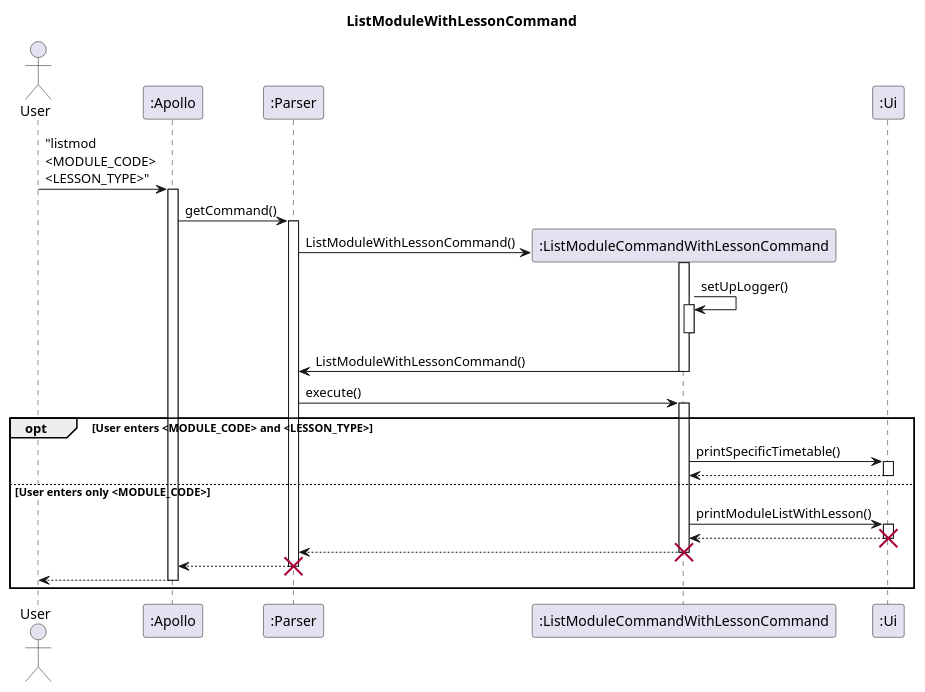
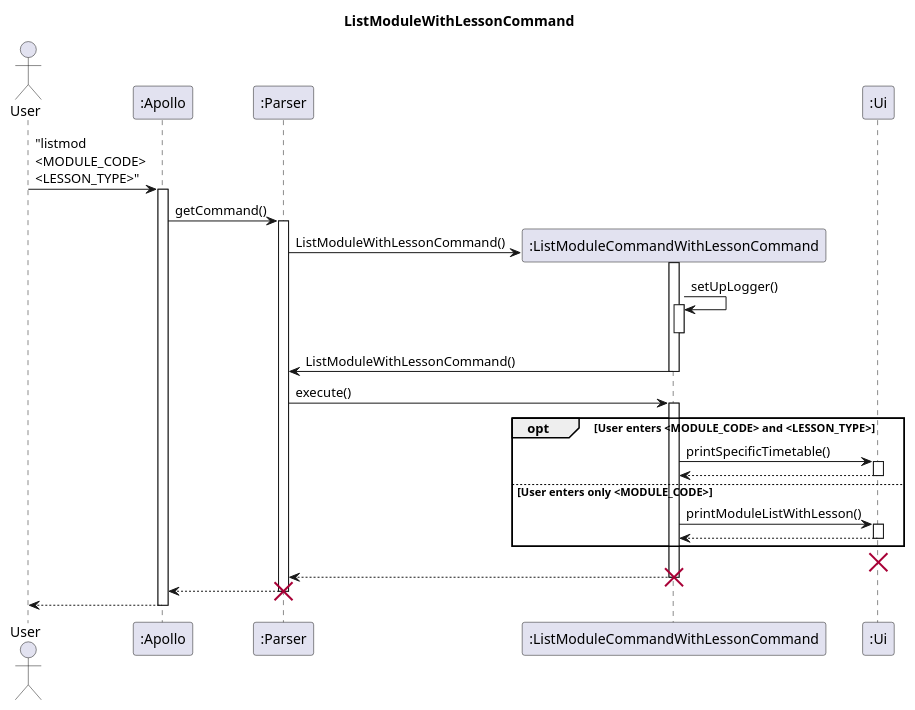
One commit to nus-cs2113-AY2223S2/tp changed the diagram in docs/uml-source/ListModuleWithLessonCommand.puml. Above: the diagram before and after it, drawn with PlantUML. The commit also changed 1 other file, not shown here.

Commit message:
Update UML for listmod with lesson

```diff
--- a/docs/uml-source/ListModuleWithLessonCommand.puml
+++ b/docs/uml-source/ListModuleWithLessonCommand.puml
@@ -1,66 +1,67 @@
 @startuml
 'https://plantuml.com/sequence-diagram
 
 skinparam maxMessageSize 150
 
 title ListModuleWithLessonCommand
 
 actor User
 
 participant ":Apollo" as Apollo
 participant ":Parser" as Parser
 participant ":ListModuleCommandWithLessonCommand" as ListMod
 participant ":Ui" as Ui
 
 User -> Apollo : "listmod <MODULE_CODE> <LESSON_TYPE>"
 
 activate Apollo
 Apollo -> Parser : getCommand()
 activate Parser
 
 Parser -> ListMod** : ListModuleWithLessonCommand()
 activate ListMod
 
 ListMod -> ListMod : setUpLogger()
 activate ListMod
 deactivate ListMod
 
 ListMod -> Parser : ListModuleWithLessonCommand()
 deactivate ListMod
 
 Parser -> ListMod : execute()
 activate ListMod
 
 opt User enters <MODULE_CODE> and <LESSON_TYPE>
 ListMod -> Ui : printSpecificTimetable()
 
 activate Ui
 Ui --> ListMod
 deactivate Ui
 
 else User enters only <MODULE_CODE>
 ListMod -> Ui : printModuleListWithLesson()
 
 activate Ui
 Ui --> ListMod
 deactivate Ui
 
+end 
+
 destroy Ui
 
 ListMod --> Parser
 deactivate ListMod
 destroy ListMod
 
 Parser --> Apollo
 deactivate Parser
 destroy Parser
 
 Apollo --> User
 deactivate Apollo
 
-end
 
 
 
 
 @enduml
```
